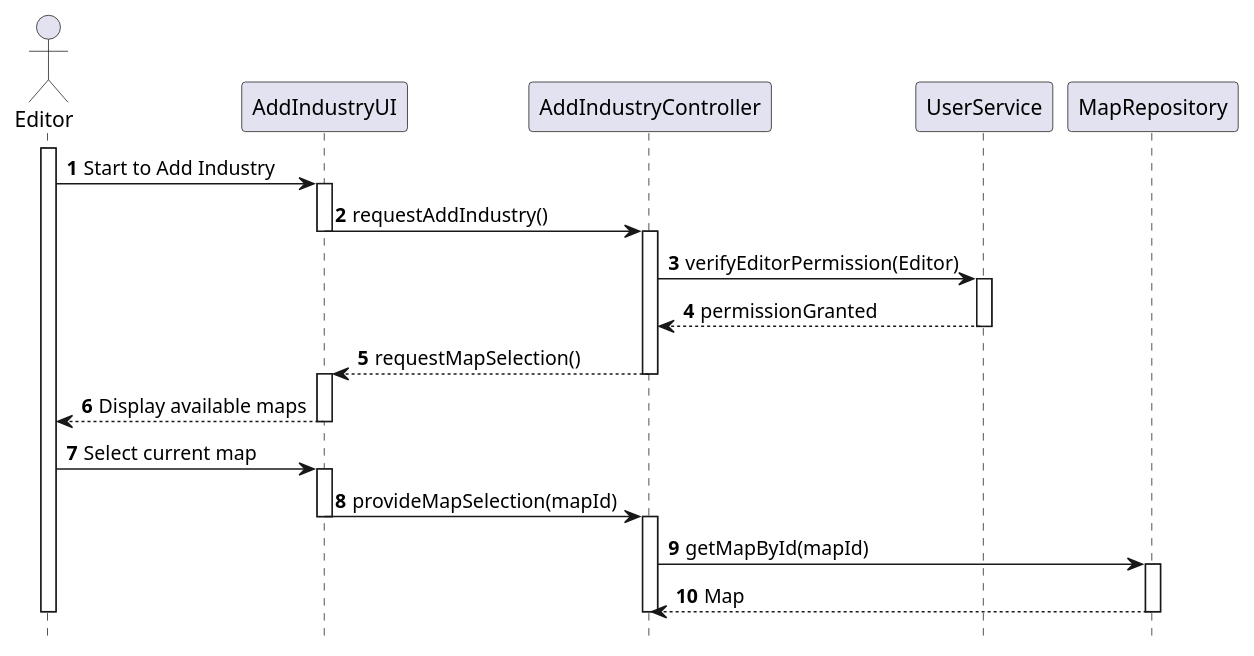
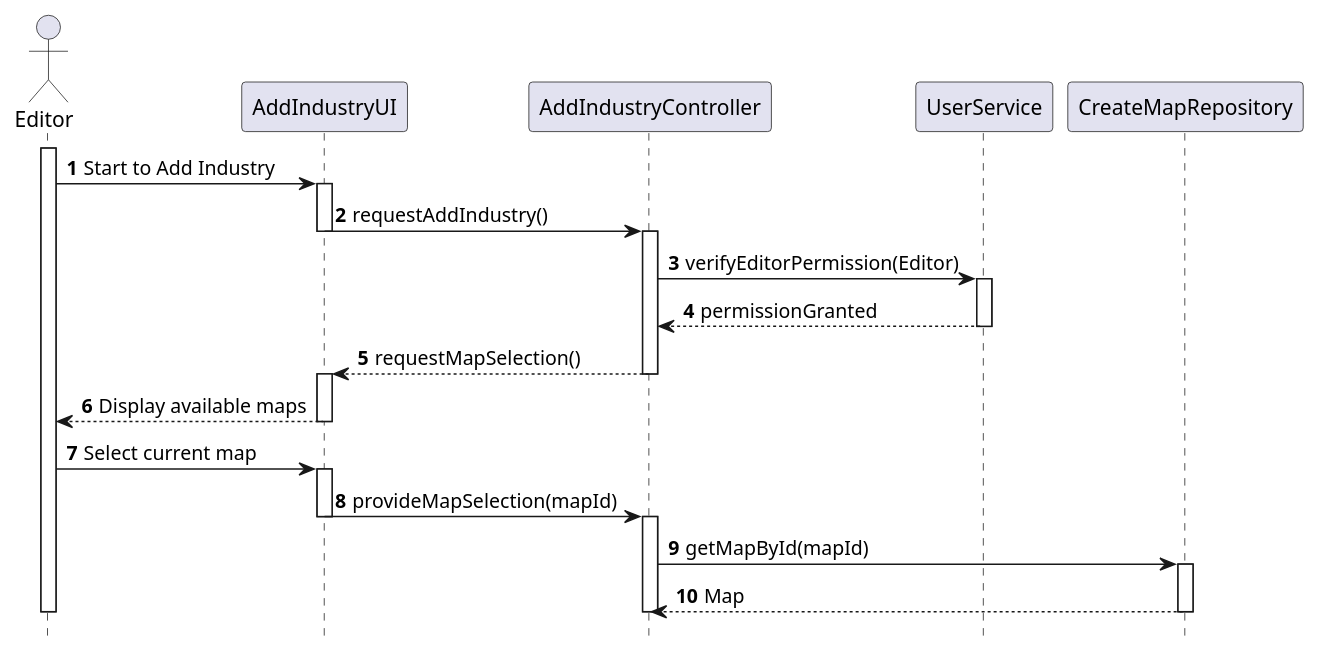
One commit to Andremonteiro1240850/railway_simulator changed the diagram in docs/system-documentation/US02/03.design.us02/puml/US02-SD-partial-permission-verification-map-selection.puml. Above: the diagram before and after it, drawn with PlantUML. The commit also changed 42 other files, not shown here.

```diff
--- a/docs/system-documentation/US02/03.design.us02/puml/US02-SD-partial-permission-verification-map-selection.puml
+++ b/docs/system-documentation/US02/03.design.us02/puml/US02-SD-partial-permission-verification-map-selection.puml
@@ -1,45 +1,45 @@
 @startuml
 skinparam packageStyle rectangle
 skinparam shadowing false
 autonumber
 hide footbox
 
 actor Editor
 participant "AddIndustryUI" as UI
 participant "AddIndustryController" as Controller
 participant "UserService" as UserService
-participant "MapRepository" as MapRepo
+participant "CreateMapRepository" as MapRepo
 
 activate Editor
 Editor -> UI : Start to Add Industry
 activate UI
 
 UI -> Controller : requestAddIndustry()
 deactivate UI
 activate Controller
 
 Controller -> UserService : verifyEditorPermission(Editor)
 activate UserService
 UserService --> Controller : permissionGranted
 deactivate UserService
 
 Controller --> UI : requestMapSelection()
 deactivate Controller
 activate UI
 UI --> Editor : Display available maps
 deactivate UI
 
 Editor -> UI : Select current map
 activate UI
 UI -> Controller : provideMapSelection(mapId)
 deactivate UI
 activate Controller
 
 Controller -> MapRepo : getMapById(mapId)
 activate MapRepo
 MapRepo --> Controller : Map
 deactivate MapRepo
 
 deactivate Controller
 deactivate Editor
 @enduml
```
